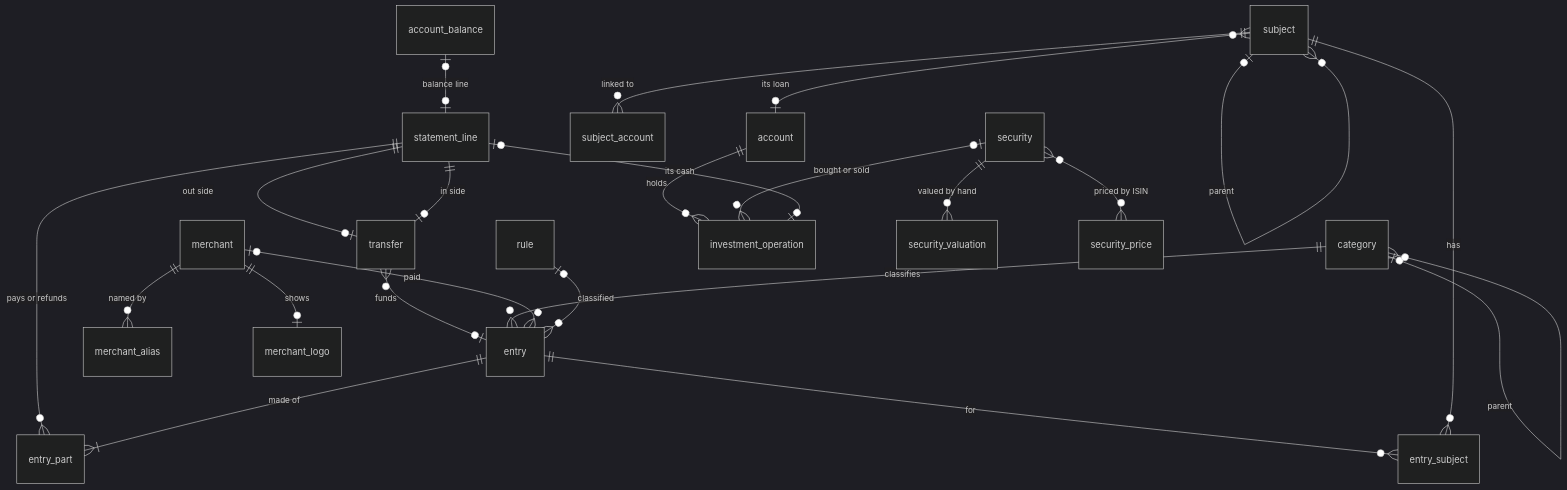
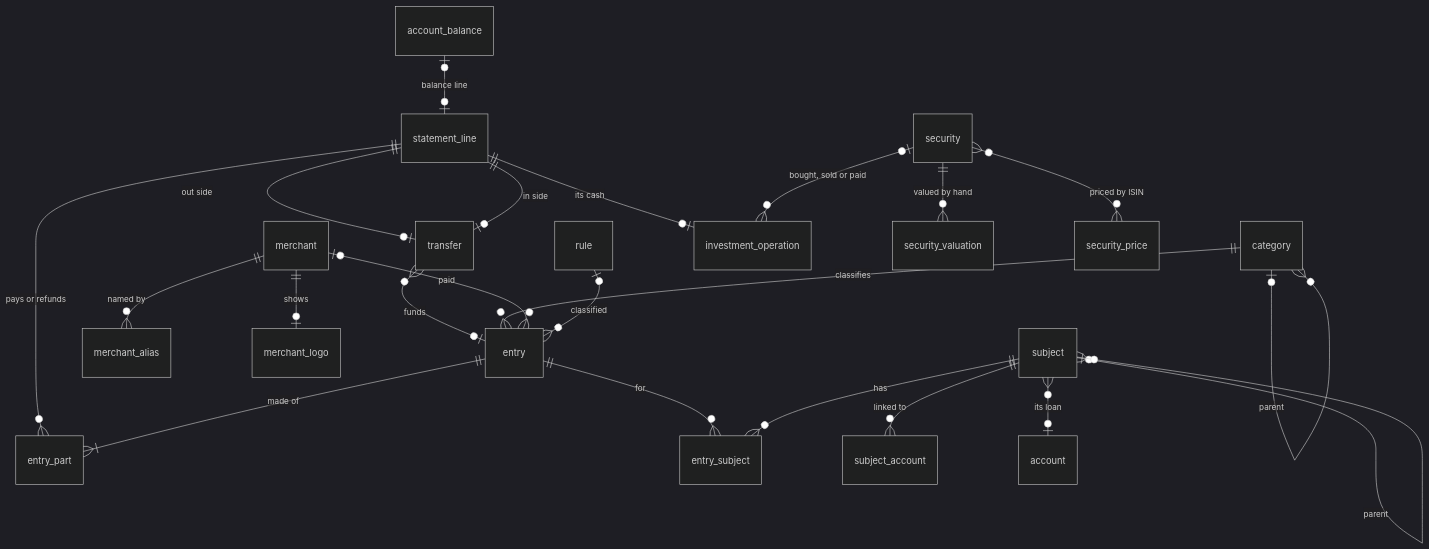
One commit to KristenJestin/gousset changed the second of 2 diagrams in docs/data-model.md. Above: the diagram before and after it, drawn with Mermaid (dark theme). The commit also changed other lines of this file, not shown here.

First line of the commit message:
docs(docs): write the investment model of v0.6

````diff
--- a/docs/data-model.md
+++ b/docs/data-model.md
@@ -481,25 +498,24 @@
 ```mermaid
 erDiagram
   statement_line ||--o{ entry_part : "pays or refunds"
   entry ||--|{ entry_part : "made of"
   statement_line ||--o| transfer : "out side"
   statement_line ||--o| transfer : "in side"
   transfer }o--o| entry : funds
   account_balance |o--o| statement_line : "balance line"
   category |o--o{ category : parent
   category ||--o{ entry : classifies
   merchant |o--o{ entry : paid
   merchant ||--o{ merchant_alias : "named by"
   merchant ||--o| merchant_logo : shows
   rule |o--o{ entry : classified
   subject |o--o{ subject : parent
   entry ||--o{ entry_subject : "for"
   subject ||--o{ entry_subject : "has"
   subject ||--o{ subject_account : "linked to"
   subject }o--o| account : "its loan"
-  account ||--o{ investment_operation : holds
-  security |o--o{ investment_operation : "bought or sold"
-  statement_line |o--o| investment_operation : "its cash"
+  statement_line ||--o| investment_operation : "its cash"
+  security |o--o{ investment_operation : "bought, sold or paid"
   security ||--o{ security_valuation : "valued by hand"
   security }o--o{ security_price : "priced by ISIN"
 ```
````
